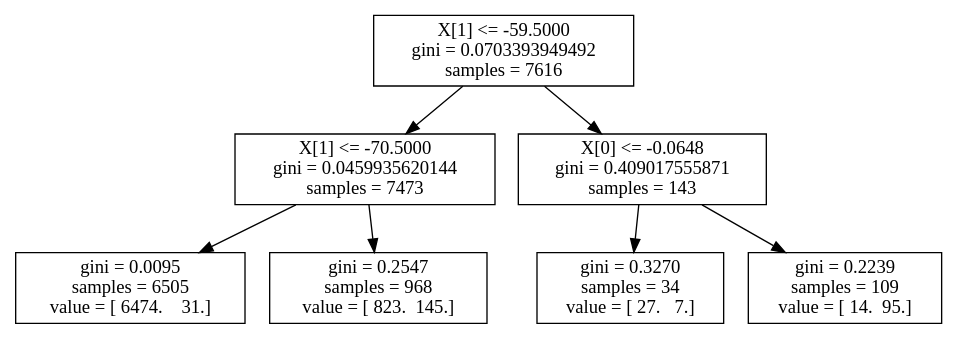
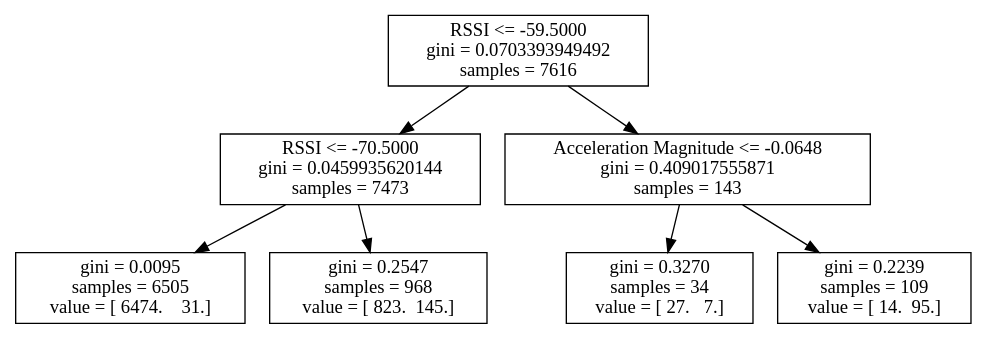
The diagram in logs/4_19/log35.dot (atitus5/6s062-Project), drawn with Graphviz before and after one commit. The commit also changed 73 other files, not shown here.

```diff
--- a/logs/4_19/log35.dot
+++ b/logs/4_19/log35.dot
@@ -1,15 +1,15 @@
 digraph Tree {
-0 [label="X[1] <= -59.5000\ngini = 0.0703393949492\nsamples = 7616", shape="box"] ;
-1 [label="X[1] <= -70.5000\ngini = 0.0459935620144\nsamples = 7473", shape="box"] ;
+0 [label="RSSI <= -59.5000\ngini = 0.0703393949492\nsamples = 7616", shape="box"] ;
+1 [label="RSSI <= -70.5000\ngini = 0.0459935620144\nsamples = 7473", shape="box"] ;
 0 -> 1 ;
 2 [label="gini = 0.0095\nsamples = 6505\nvalue = [ 6474.    31.]", shape="box"] ;
 1 -> 2 ;
 3 [label="gini = 0.2547\nsamples = 968\nvalue = [ 823.  145.]", shape="box"] ;
 1 -> 3 ;
-4 [label="X[0] <= -0.0648\ngini = 0.409017555871\nsamples = 143", shape="box"] ;
+4 [label="Acceleration Magnitude <= -0.0648\ngini = 0.409017555871\nsamples = 143", shape="box"] ;
 0 -> 4 ;
 5 [label="gini = 0.3270\nsamples = 34\nvalue = [ 27.   7.]", shape="box"] ;
 4 -> 5 ;
 6 [label="gini = 0.2239\nsamples = 109\nvalue = [ 14.  95.]", shape="box"] ;
 4 -> 6 ;
 }
```
